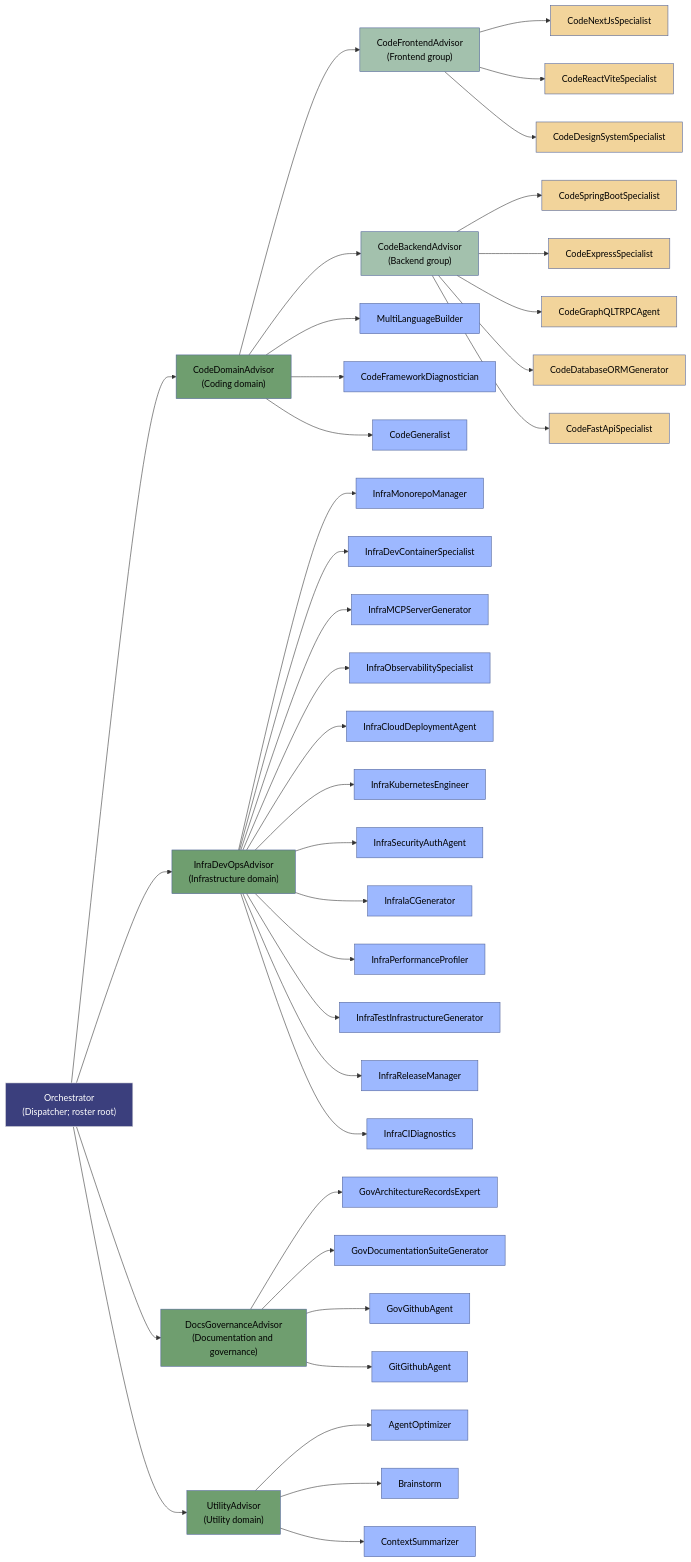
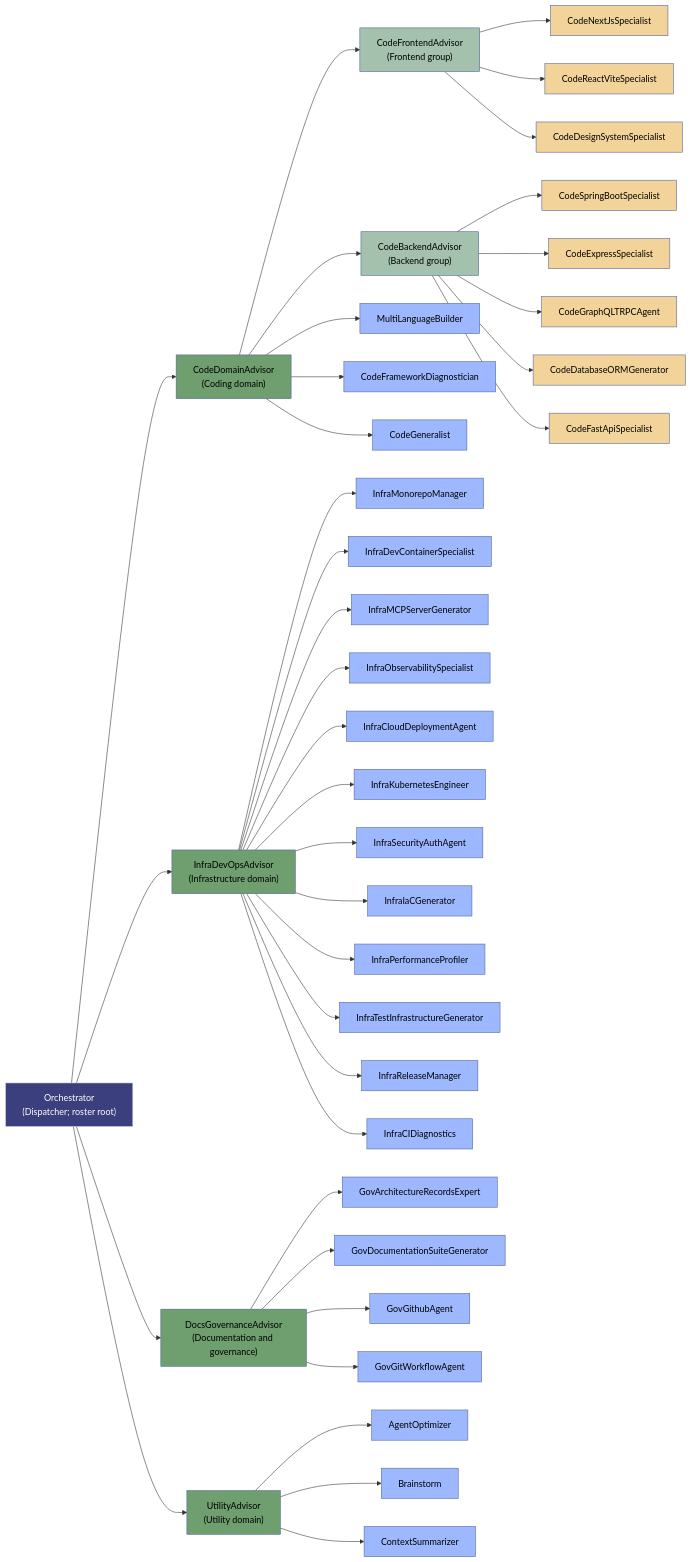
The second of 2 diagrams in README.md (UtopikPrompt/agents), drawn with Mermaid before and after one commit. The commit also changed other lines of this file and 12 other files, not shown here.

````diff
--- a/README.md
+++ b/README.md
@@ -65,57 +67,57 @@
 ```mermaid
 flowchart LR
     O["Orchestrator<br/>(Dispatcher; roster root)"]
     O --> CodeDomainAdvisor["CodeDomainAdvisor<br/>(Coding domain)"]
     O --> InfraDevOpsAdvisor["InfraDevOpsAdvisor<br/>(Infrastructure domain)"]
     O --> DocsGovernanceAdvisor["DocsGovernanceAdvisor<br/>(Documentation and governance)"]
     O --> UtilityAdvisor["UtilityAdvisor<br/>(Utility domain)"]
     CodeDomainAdvisor --> CodeFrontendAdvisor["CodeFrontendAdvisor<br/>(Frontend group)"]
     CodeDomainAdvisor --> CodeBackendAdvisor["CodeBackendAdvisor<br/>(Backend group)"]
     CodeDomainAdvisor --> MultiLanguageBuilder["MultiLanguageBuilder"]
     CodeDomainAdvisor --> CodeFrameworkDiagnostician["CodeFrameworkDiagnostician"]
     CodeDomainAdvisor --> CodeGeneralist["CodeGeneralist"]
 
     CodeFrontendAdvisor --> CodeNextJsSpecialist["CodeNextJsSpecialist"]
     CodeFrontendAdvisor --> CodeReactViteSpecialist["CodeReactViteSpecialist"]
     CodeFrontendAdvisor --> CodeDesignSystemSpecialist["CodeDesignSystemSpecialist"]
 
     CodeBackendAdvisor --> CodeSpringBootSpecialist["CodeSpringBootSpecialist"]
     CodeBackendAdvisor --> CodeExpressSpecialist["CodeExpressSpecialist"]
     CodeBackendAdvisor --> CodeGraphQLTRPCAgent["CodeGraphQLTRPCAgent"]
     CodeBackendAdvisor --> CodeDatabaseORMGenerator["CodeDatabaseORMGenerator"]
     CodeBackendAdvisor --> CodeFastApiSpecialist["CodeFastApiSpecialist"]
 
     InfraDevOpsAdvisor --> InfraMonorepoManager["InfraMonorepoManager"]
     InfraDevOpsAdvisor --> InfraDevContainerSpecialist["InfraDevContainerSpecialist"]
     InfraDevOpsAdvisor --> InfraMCPServerGenerator["InfraMCPServerGenerator"]
     InfraDevOpsAdvisor --> InfraObservabilitySpecialist["InfraObservabilitySpecialist"]
     InfraDevOpsAdvisor --> InfraCloudDeploymentAgent["InfraCloudDeploymentAgent"]
     InfraDevOpsAdvisor --> InfraKubernetesEngineer["InfraKubernetesEngineer"]
     InfraDevOpsAdvisor --> InfraSecurityAuthAgent["InfraSecurityAuthAgent"]
     InfraDevOpsAdvisor --> InfraIaCGenerator["InfraIaCGenerator"]
     InfraDevOpsAdvisor --> InfraPerformanceProfiler["InfraPerformanceProfiler"]
     InfraDevOpsAdvisor --> InfraTestInfrastructureGenerator["InfraTestInfrastructureGenerator"]
     InfraDevOpsAdvisor --> InfraReleaseManager["InfraReleaseManager"]
     InfraDevOpsAdvisor --> InfraCIDiagnostics["InfraCIDiagnostics"]
 
     DocsGovernanceAdvisor --> GovArchitectureRecordsExpert["GovArchitectureRecordsExpert"]
     DocsGovernanceAdvisor --> GovDocumentationSuiteGenerator["GovDocumentationSuiteGenerator"]
     DocsGovernanceAdvisor --> GovGithubAgent["GovGithubAgent"]
-    DocsGovernanceAdvisor --> GitGithubAgent["GitGithubAgent"]
+    DocsGovernanceAdvisor --> GovGitWorkflowAgent["GovGitWorkflowAgent"]
 
     UtilityAdvisor --> AgentOptimizer["AgentOptimizer"]
     UtilityAdvisor --> Brainstorm["Brainstorm"]
     UtilityAdvisor --> ContextSummarizer["ContextSummarizer"]
 
     classDef hub fill:#3b3f7d,stroke:#e0e0e0,color:#fff;
     classDef domainAdvisor fill:#6f9e6f,stroke:#516399,color:#000;
     classDef subdomainAdvisor fill:#a3c1ad,stroke:#516399,color:#000;
     classDef worker fill:#9db8ff,stroke:#516399,color:#000;
     classDef frameworkWorker fill:#f2d49b,stroke:#516399,color:#000;
     
     class O hub;
     class CodeDomainAdvisor,InfraDevOpsAdvisor,DocsGovernanceAdvisor,UtilityAdvisor domainAdvisor;
     class CodeFrontendAdvisor,CodeBackendAdvisor subdomainAdvisor;
     class CodeNextJsSpecialist,CodeReactViteSpecialist,CodeGraphQLTRPCAgent,CodeFastApiSpecialist,CodeExpressSpecialist,CodeSpringBootSpecialist,CodeDatabaseORMGenerator,CodeDesignSystemSpecialist frameworkWorker;
-    class AgentOptimizer,Brainstorm,ContextSummarizer,CodeGeneralist,CodeFrameworkDiagnostician,MultiLanguageBuilder,InfraObservabilitySpecialist,InfraMonorepoManager,InfraDevContainerSpecialist,InfraMCPServerGenerator,InfraCloudDeploymentAgent,InfraKubernetesEngineer,InfraSecurityAuthAgent,InfraIaCGenerator,InfraPerformanceProfiler,InfraTestInfrastructureGenerator,InfraReleaseManager,InfraCIDiagnostics,GovArchitectureRecordsExpert,GovDocumentationSuiteGenerator,GovGithubAgent,GitGithubAgent worker;
+    class AgentOptimizer,Brainstorm,ContextSummarizer,CodeGeneralist,CodeFrameworkDiagnostician,MultiLanguageBuilder,InfraObservabilitySpecialist,InfraMonorepoManager,InfraDevContainerSpecialist,InfraMCPServerGenerator,InfraCloudDeploymentAgent,InfraKubernetesEngineer,InfraSecurityAuthAgent,InfraIaCGenerator,InfraPerformanceProfiler,InfraTestInfrastructureGenerator,InfraReleaseManager,InfraCIDiagnostics,GovArchitectureRecordsExpert,GovDocumentationSuiteGenerator,GovGithubAgent,GovGitWorkflowAgent worker;
 ```
````
